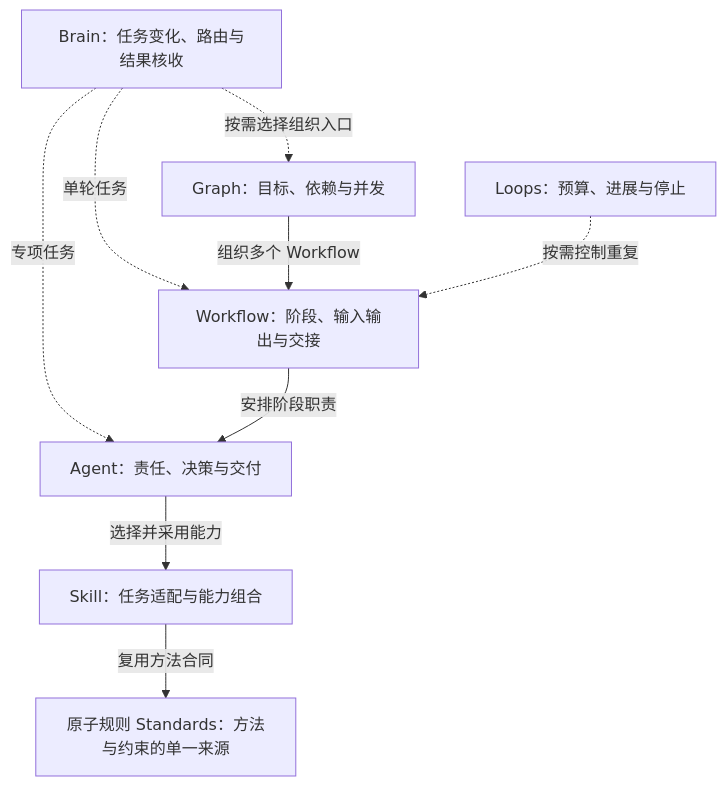
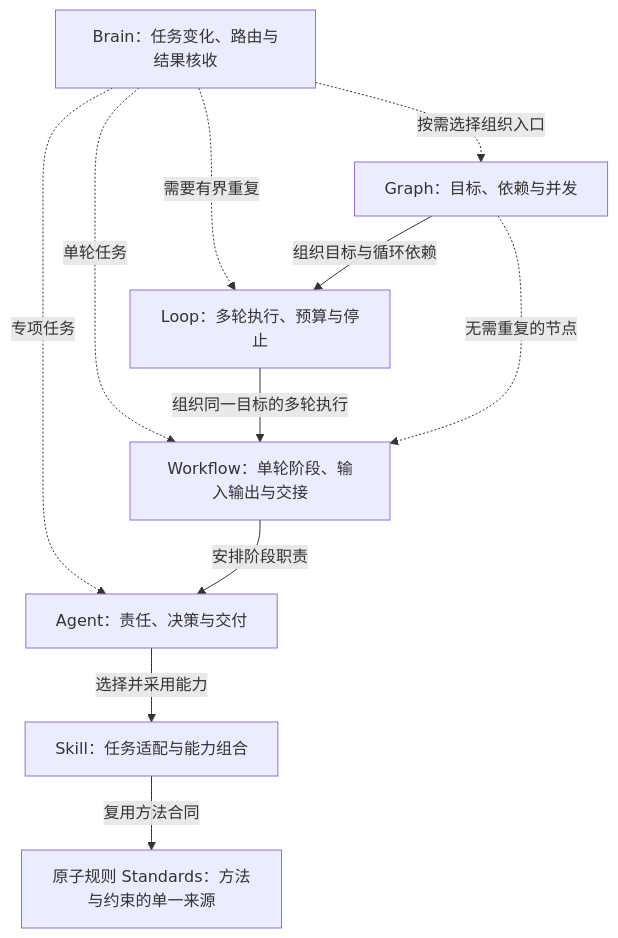
Before and after one commit to Lanqiao-Luca/ai-java-workflow: the first of 2 diagrams in README.md, drawn with Mermaid. The commit also changed other lines of this file, not shown here.

````diff
--- a/README.md
+++ b/README.md
@@ -13,11 +13,13 @@
 ```mermaid
 flowchart TD
     B["Brain：任务变化、路由与结果核收"] -.->|按需选择组织入口| G
+    B -.->|需要有界重复| L
     B -.->|单轮任务| W
     B -.->|专项任务| A
-    G["Graph：目标、依赖与并发"] -->|组织多个 Workflow| W["Workflow：阶段、输入输出与交接"]
-    L["Loops：预算、进展与停止"] -.->|按需控制重复| W
+    G["Graph：目标、依赖与并发"] -->|组织目标与循环依赖| L["Loop：多轮执行、预算与停止"]
+    L -->|组织同一目标的多轮执行| W["Workflow：单轮阶段、输入输出与交接"]
+    G -.->|无需重复的节点| W
     W -->|安排阶段职责| A["Agent：责任、决策与交付"]
     A -->|选择并采用能力| S["Skill：任务适配与能力组合"]
     S -->|复用方法合同| P["原子规则 Standards：方法与约束的单一来源"]
 ```
````
